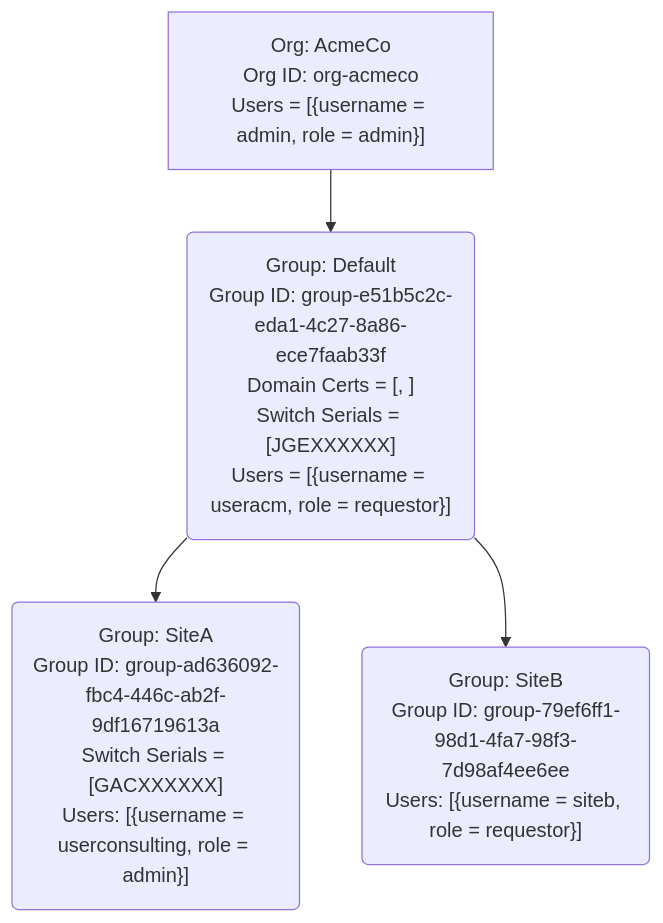
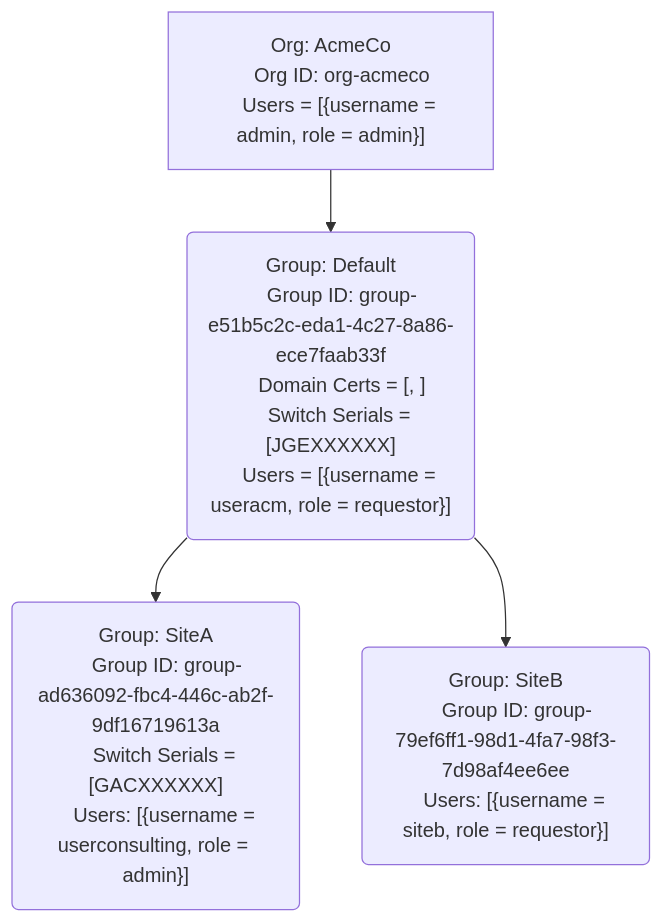
One commit to aristanetworks/ownership-voucher-grpc changed the first of 4 diagrams in docs/service-overview.md. Above: the diagram before and after it, drawn with Mermaid.

Commit message:
mermaid fixes for github formatter

````diff
--- a/docs/service-overview.md
+++ b/docs/service-overview.md
@@ -23,27 +23,27 @@
 ```mermaid
 flowchart TB
 
-    orgBlock["`Org: AcmeCo
+    orgBlock["Org: AcmeCo
     Org ID: org-acmeco
-    Users = \[\{username = admin, role = admin\}\]`"]
+    Users = [{username = admin, role = admin}]"]
 
-    topGroup("`Group: Default
+    topGroup("Group: Default
     Group ID: group-e51b5c2c-eda1-4c27-8a86-ece7faab33f
     Domain Certs = [<x509 domain cert 1>, <x509 domain cert 2>]
     Switch Serials = [JGEXXXXXX]
-    Users = [{username = useracm, role = requestor}]`")
+    Users = [{username = useracm, role = requestor}]")
 
-    siteA("`Group: SiteA
+    siteA("Group: SiteA
     Group ID: group-ad636092-fbc4-446c-ab2f-9df16719613a
     Switch Serials = [GACXXXXXX]
-    Users: [{username = userconsulting, role = admin}]`")
+    Users: [{username = userconsulting, role = admin}]")
 
-    siteB("`
+    siteB("
     Group: SiteB
     Group ID: group-79ef6ff1-98d1-4fa7-98f3-7d98af4ee6ee
-    Users: [{username = siteb, role = requestor}]`")
+    Users: [{username = siteb, role = requestor}]")
 
     orgBlock --> topGroup
     topGroup --> siteA
     topGroup --> siteB
 ```
````
